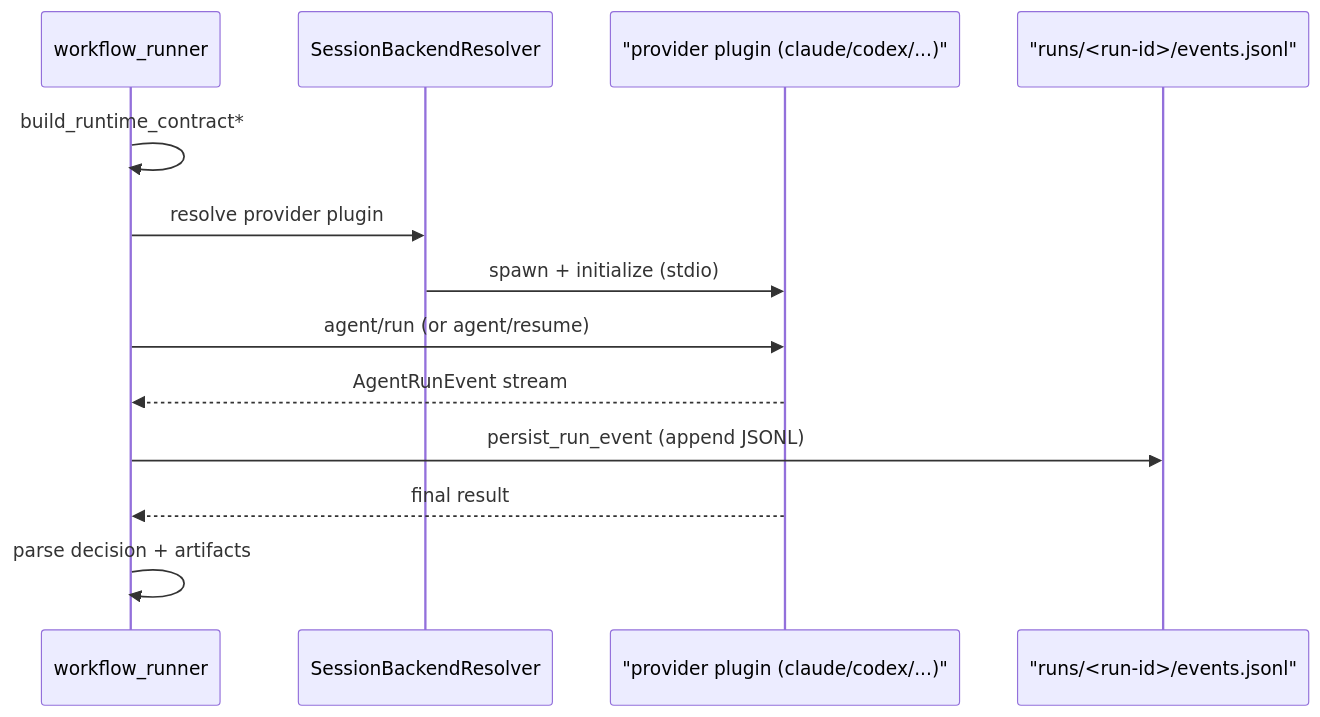
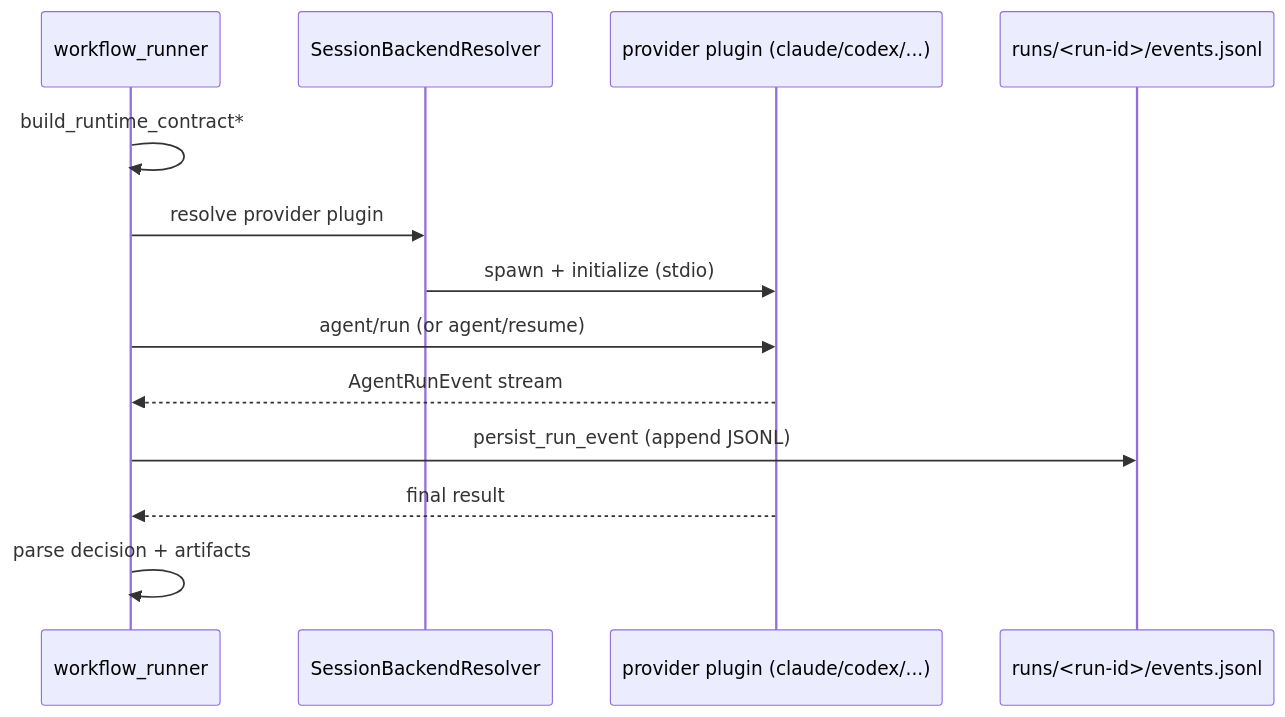
The fourth of 4 diagrams in docs/internals/workflow-runner.md (launchapp-dev/animus-cli), drawn with Mermaid before and after one commit. The commit also changed 9 other files, not shown here.

First line of the commit message:
docs: ELK layout, light/dark mermaid, fix clipped labels

````diff
--- a/docs/internals/workflow-runner.md
+++ b/docs/internals/workflow-runner.md
@@ -130,16 +130,16 @@
 ```mermaid
 sequenceDiagram
     participant Runner as workflow_runner
     participant Resolver as SessionBackendResolver
-    participant Provider as "provider plugin (claude/codex/...)"
-    participant Log as "runs/<run-id>/events.jsonl"
+    participant Provider as provider plugin (claude/codex/...)
+    participant Log as runs/<run-id>/events.jsonl
 
     Runner->>Runner: build_runtime_contract*
     Runner->>Resolver: resolve provider plugin
     Resolver->>Provider: spawn + initialize (stdio)
     Runner->>Provider: agent/run (or agent/resume)
     Provider-->>Runner: AgentRunEvent stream
     Runner->>Log: persist_run_event (append JSONL)
     Provider-->>Runner: final result
     Runner->>Runner: parse decision + artifacts
 ```
````
